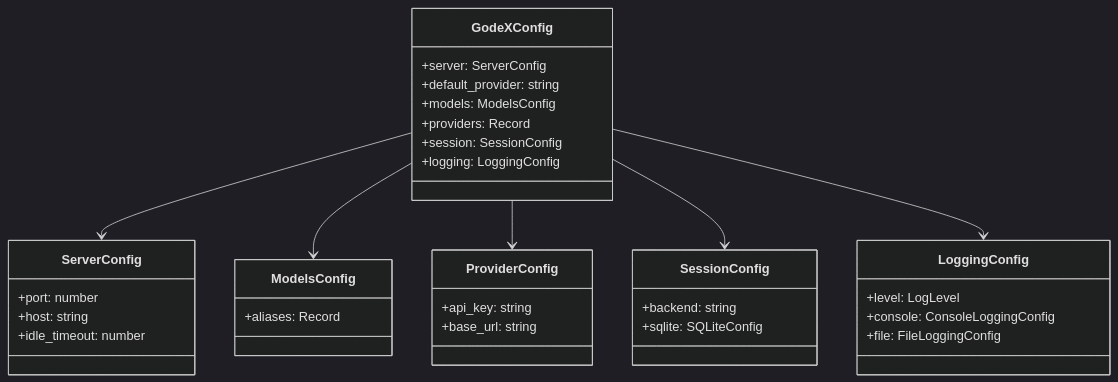
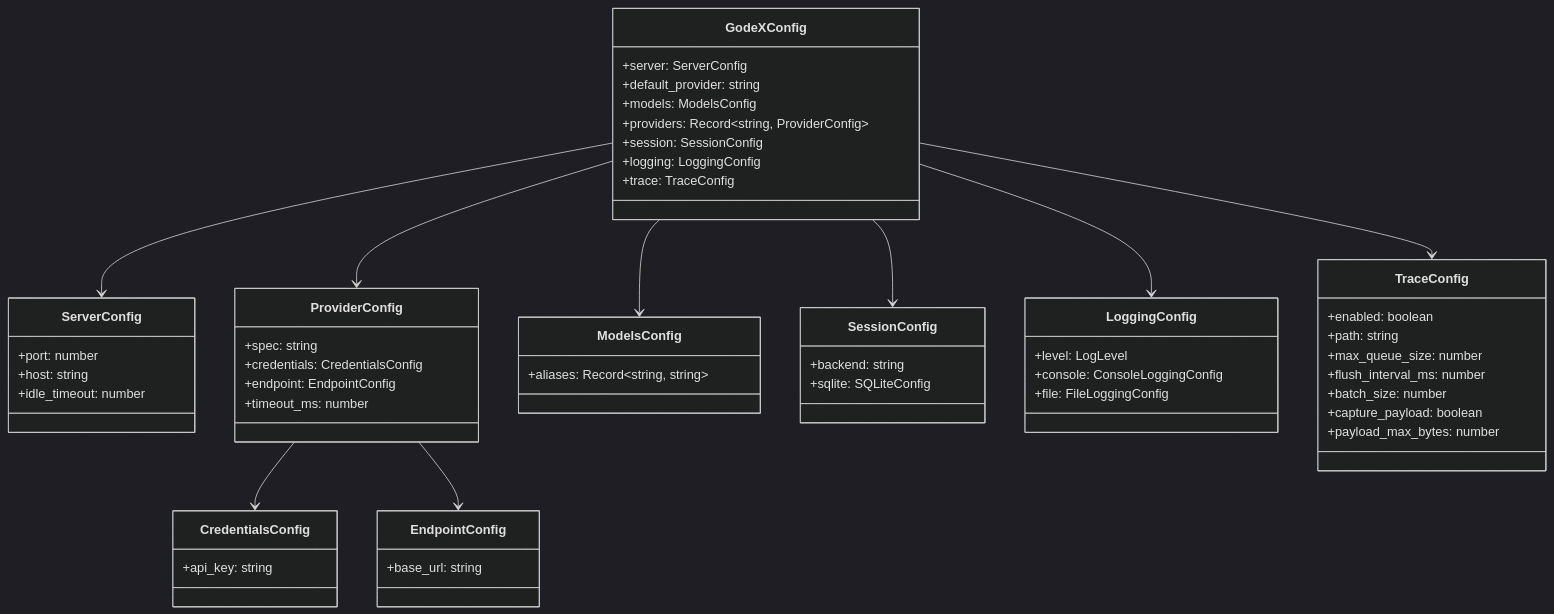
The diagram in wiki/zh/07-configuration/config-schema.md (zamelee/GodeX), drawn with Mermaid (dark theme) before and after one commit. The commit also changed other lines of this file and 5 other files, not shown here.

Commit message:
docs: fix CLI commands, config schema defaults, provider config format, sync zh translations

````diff
--- a/wiki/zh/07-configuration/config-schema.md
+++ b/wiki/zh/07-configuration/config-schema.md
@@ -52,45 +74,69 @@
 ```mermaid
 classDiagram
   direction TB
 
   class GodeXConfig {
     +server: ServerConfig
     +default_provider: string
     +models: ModelsConfig
-    +providers: Record
+    +providers: Record~string, ProviderConfig~
     +session: SessionConfig
     +logging: LoggingConfig
+    +trace: TraceConfig
   }
 
   class ServerConfig {
     +port: number
     +host: string
     +idle_timeout: number
   }
 
   class ProviderConfig {
+    +spec: string
+    +credentials: CredentialsConfig
+    +endpoint: EndpointConfig
+    +timeout_ms: number
+  }
+
+  class CredentialsConfig {
     +api_key: string
+  }
+
+  class EndpointConfig {
     +base_url: string
   }
 
   class ModelsConfig {
-    +aliases: Record
+    +aliases: Record~string, string~
   }
 
   class SessionConfig {
     +backend: string
     +sqlite: SQLiteConfig
   }
 
   class LoggingConfig {
     +level: LogLevel
     +console: ConsoleLoggingConfig
     +file: FileLoggingConfig
   }
 
+  class TraceConfig {
+    +enabled: boolean
+    +path: string
+    +max_queue_size: number
+    +flush_interval_ms: number
+    +batch_size: number
+    +capture_payload: boolean
+    +payload_max_bytes: number
+  }
+
   GodeXConfig --> ServerConfig
   GodeXConfig --> ModelsConfig
   GodeXConfig --> ProviderConfig
   GodeXConfig --> SessionConfig
   GodeXConfig --> LoggingConfig
+  GodeXConfig --> TraceConfig
+  ProviderConfig --> CredentialsConfig
+  ProviderConfig --> EndpointConfig
 ```
````
